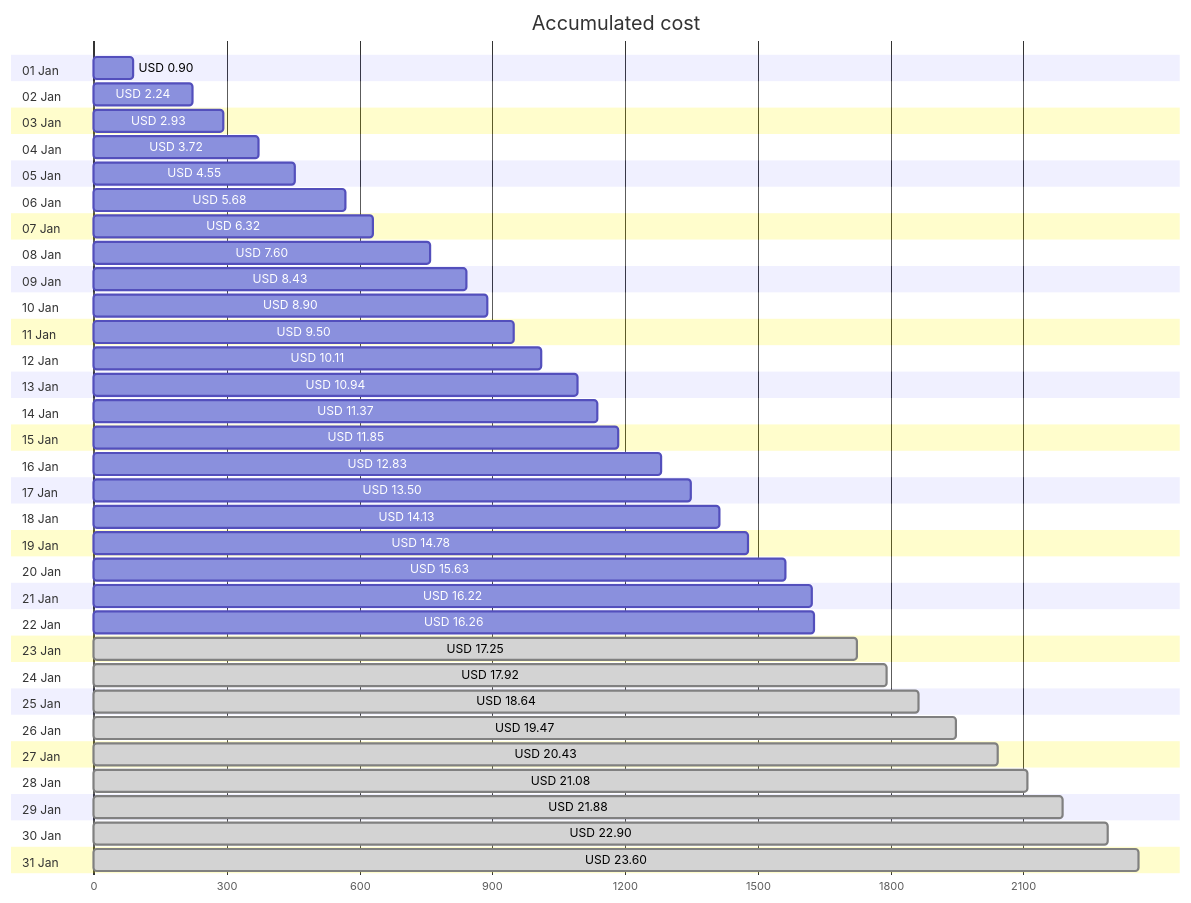
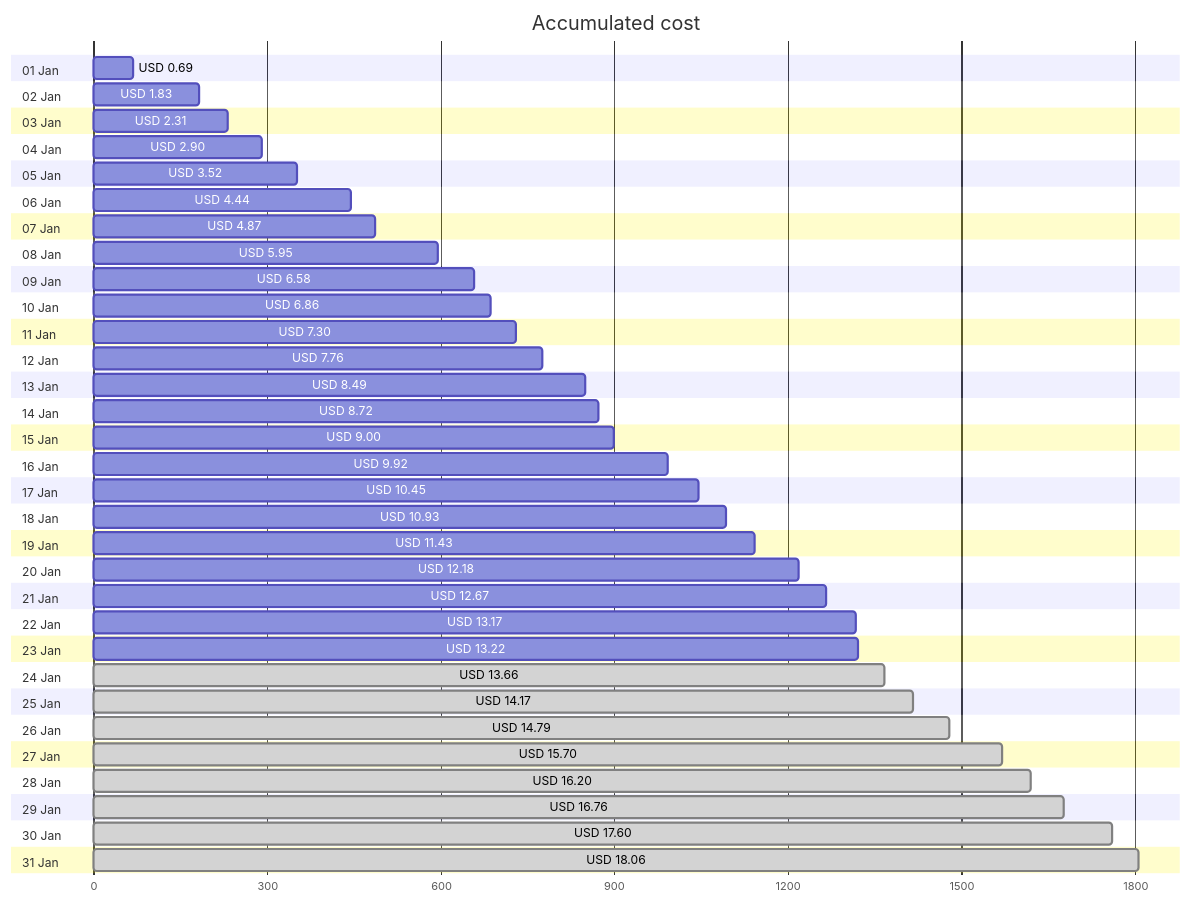
The first of 4 diagrams in cost-reports/personal-network/vpn-server.md (jpfulton/azure-personal-reports), drawn with Mermaid before and after one commit. The commit also changed other lines of this file and 8 other files, not shown here.

````diff
--- a/cost-reports/personal-network/vpn-server.md
+++ b/cost-reports/personal-network/vpn-server.md
@@ -20,68 +20,68 @@
 ```mermaid
 gantt
    title Accumulated cost
    dateFormat  X
    axisFormat %s
    section 01 Jan
-   USD 0.90 :0, 90
+   USD 0.69 :0, 69
    section 02 Jan
-   USD 2.24 :0, 224
+   USD 1.83 :0, 183
    section 03 Jan
-   USD 2.93 :0, 293
+   USD 2.31 :0, 231
    section 04 Jan
-   USD 3.72 :0, 372
+   USD 2.90 :0, 290
    section 05 Jan
-   USD 4.55 :0, 455
+   USD 3.52 :0, 352
    section 06 Jan
-   USD 5.68 :0, 568
+   USD 4.44 :0, 444
    section 07 Jan
-   USD 6.32 :0, 632
+   USD 4.87 :0, 487
    section 08 Jan
-   USD 7.60 :0, 760
+   USD 5.95 :0, 595
    section 09 Jan
-   USD 8.43 :0, 843
+   USD 6.58 :0, 658
    section 10 Jan
-   USD 8.90 :0, 890
+   USD 6.86 :0, 686
    section 11 Jan
-   USD 9.50 :0, 950
+   USD 7.30 :0, 730
    section 12 Jan
-   USD 10.11 :0, 1011
+   USD 7.76 :0, 776
    section 13 Jan
-   USD 10.94 :0, 1094
+   USD 8.49 :0, 849
    section 14 Jan
-   USD 11.37 :0, 1137
+   USD 8.72 :0, 872
    section 15 Jan
-   USD 11.85 :0, 1185
+   USD 9.00 :0, 900
    section 16 Jan
-   USD 12.83 :0, 1283
+   USD 9.92 :0, 992
    section 17 Jan
-   USD 13.50 :0, 1350
+   USD 10.45 :0, 1045
    section 18 Jan
-   USD 14.13 :0, 1413
+   USD 10.93 :0, 1093
    section 19 Jan
-   USD 14.78 :0, 1478
+   USD 11.43 :0, 1143
    section 20 Jan
-   USD 15.63 :0, 1563
+   USD 12.18 :0, 1218
    section 21 Jan
-   USD 16.22 :0, 1622
+   USD 12.67 :0, 1267
    section 22 Jan
-   USD 16.26 :0, 1626
+   USD 13.17 :0, 1317
    section 23 Jan
-   USD 17.25 : done, 0, 1725
+   USD 13.22 :0, 1322
    section 24 Jan
-   USD 17.92 : done, 0, 1792
+   USD 13.66 : done, 0, 1366
    section 25 Jan
-   USD 18.64 : done, 0, 1864
+   USD 14.17 : done, 0, 1417
    section 26 Jan
-   USD 19.47 : done, 0, 1947
+   USD 14.79 : done, 0, 1479
    section 27 Jan
-   USD 20.43 : done, 0, 2043
+   USD 15.70 : done, 0, 1570
    section 28 Jan
-   USD 21.08 : done, 0, 2108
+   USD 16.20 : done, 0, 1620
    section 29 Jan
-   USD 21.88 : done, 0, 2188
+   USD 16.76 : done, 0, 1676
    section 30 Jan
-   USD 22.90 : done, 0, 2290
+   USD 17.60 : done, 0, 1760
    section 31 Jan
-   USD 23.60 : done, 0, 2360
+   USD 18.06 : done, 0, 1806
 ```
````
